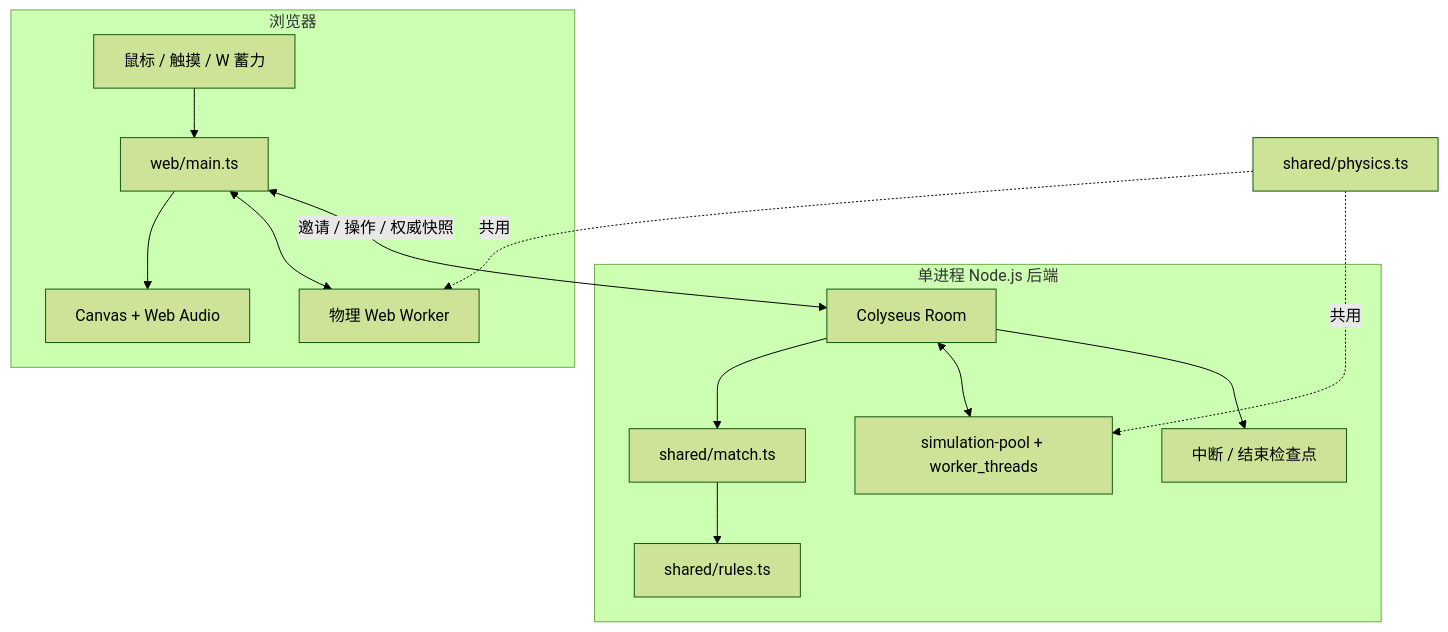
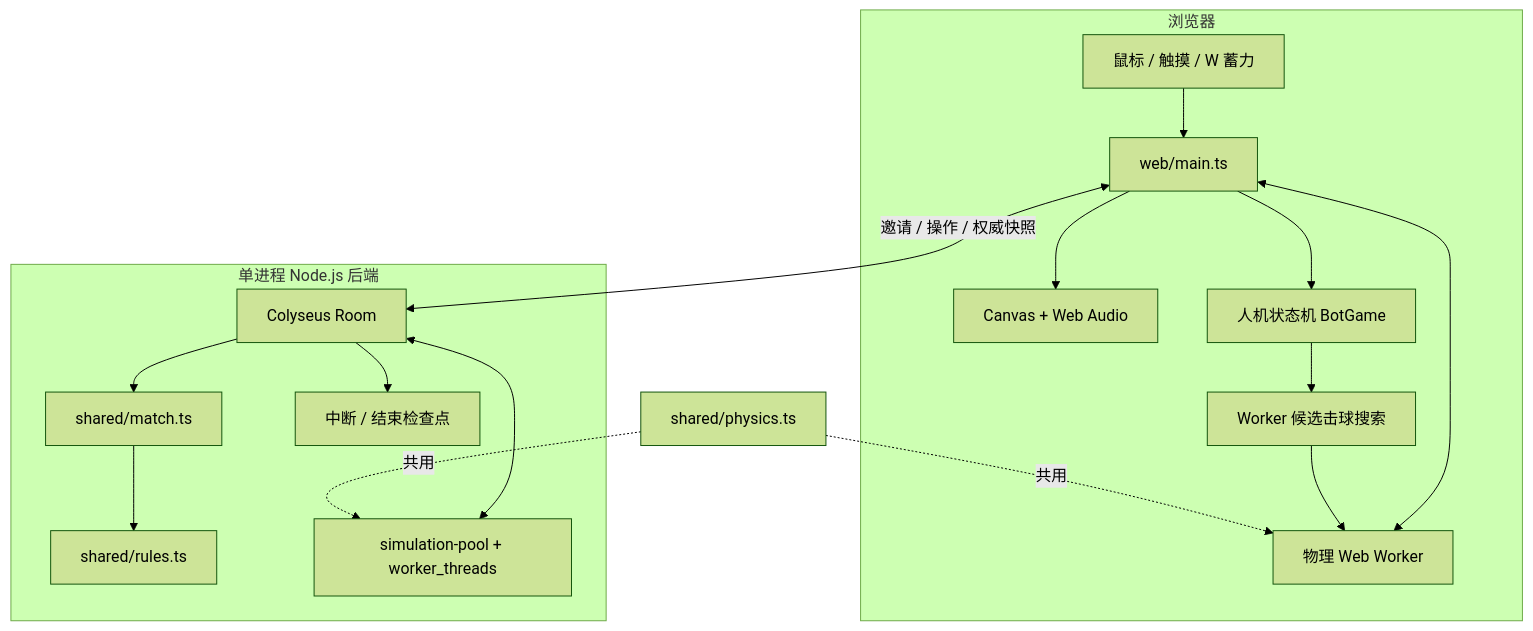
One commit to hexing-ai/eight-ball-web changed the first of 2 diagrams in docs/ARCHITECTURE.md. Above: the diagram before and after it, drawn with Mermaid (forest theme). The commit also changed other lines of this file and 25 other files, not shown here.

````diff
--- a/docs/ARCHITECTURE.md
+++ b/docs/ARCHITECTURE.md
@@ -7,17 +7,20 @@
 ```mermaid
 flowchart TB
   subgraph Browser[浏览器]
     Input[鼠标 / 触摸 / W 蓄力] --> UI[web/main.ts]
     UI --> Render[Canvas + Web Audio]
     UI <--> PW[物理 Web Worker]
+    UI --> BotGame[人机状态机 BotGame]
+    BotGame --> Search[Worker 候选击球搜索]
+    Search --> PW
   end
   subgraph Backend[单进程 Node.js 后端]
     Room[Colyseus Room] --> Match[shared/match.ts]
     Match --> Rules[shared/rules.ts]
     Room <--> Pool[simulation-pool + worker_threads]
     Room --> Store[中断 / 结束检查点]
   end
   UI <-->|邀请 / 操作 / 权威快照| Room
   Physics[shared/physics.ts] -.共用.-> PW
   Physics -.共用.-> Pool
 ```
````
